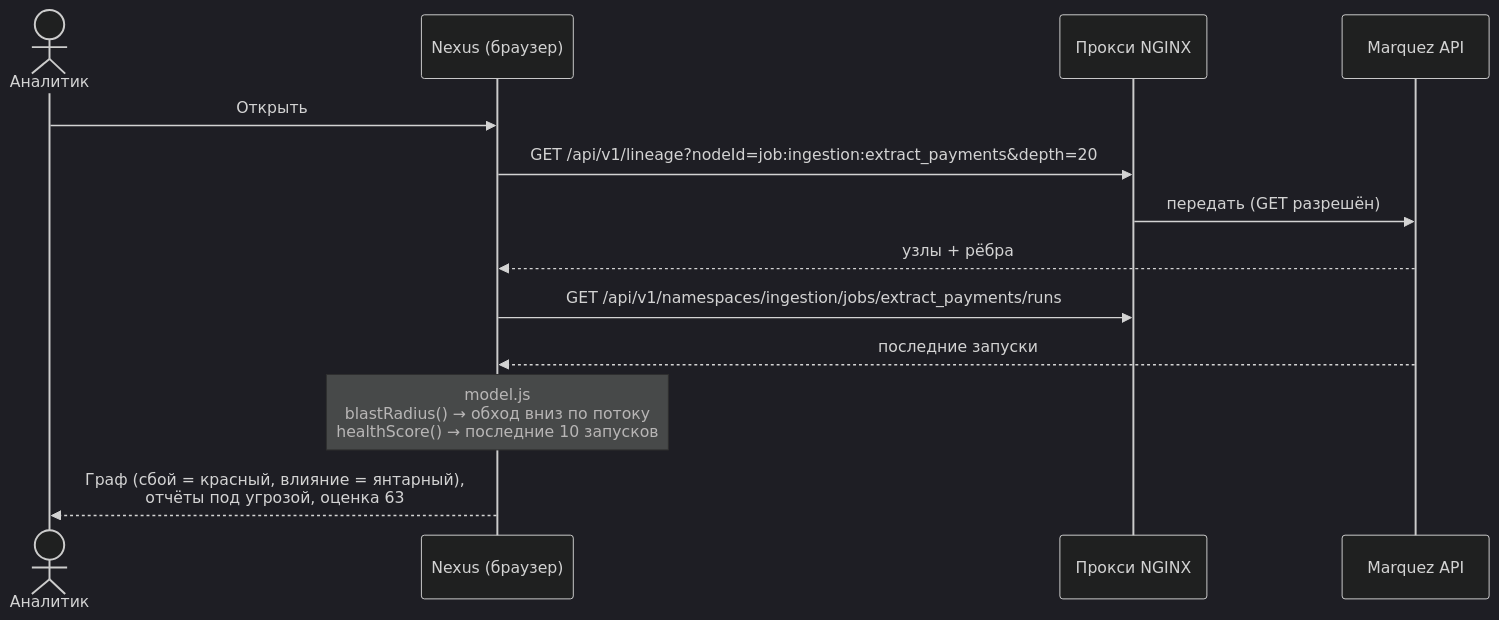
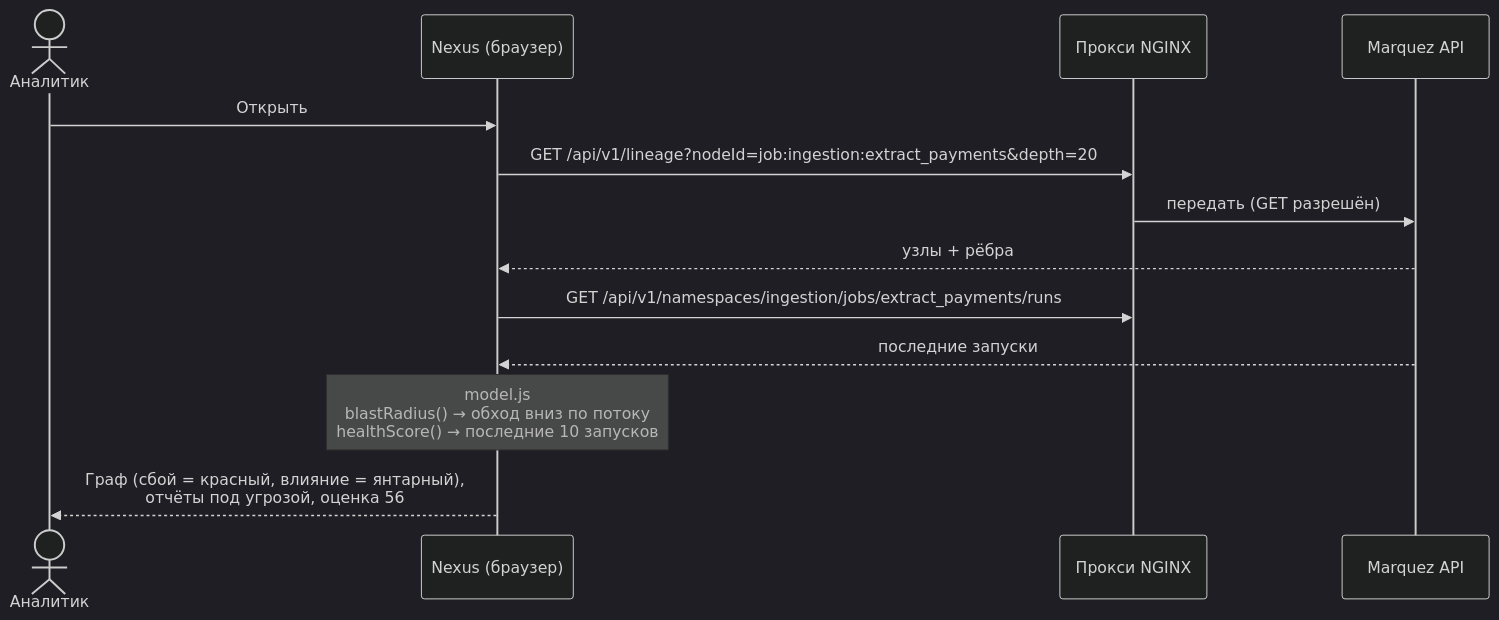
The second of 4 diagrams in README.ru.md (AyanbergenSaduakassov07/nexus), drawn with Mermaid (dark theme) before and after one commit. The commit also changed other lines of this file and 16 other files, not shown here.

````diff
--- a/README.ru.md
+++ b/README.ru.md
@@ -110,16 +112,16 @@
 ```mermaid
 sequenceDiagram
     actor U as Аналитик
     participant N as Nexus (браузер)
     participant X as Прокси NGINX
     participant M as Marquez API
 
     U->>N: Открыть #lineage?kind=job&name=extract_payments
     N->>X: GET /api/v1/lineage?nodeId=job:ingestion:extract_payments&depth=20
     X->>M: передать (GET разрешён)
     M-->>N: узлы + рёбра
     N->>X: GET /api/v1/namespaces/ingestion/jobs/extract_payments/runs
     M-->>N: последние запуски
     Note over N: model.js<br/>blastRadius() → обход вниз по потоку<br/>healthScore() → последние 10 запусков
-    N-->>U: Граф (сбой = красный, влияние = янтарный),<br/>отчёты под угрозой, оценка 63
+    N-->>U: Граф (сбой = красный, влияние = янтарный),<br/>отчёты под угрозой, оценка 56
 ```
````
